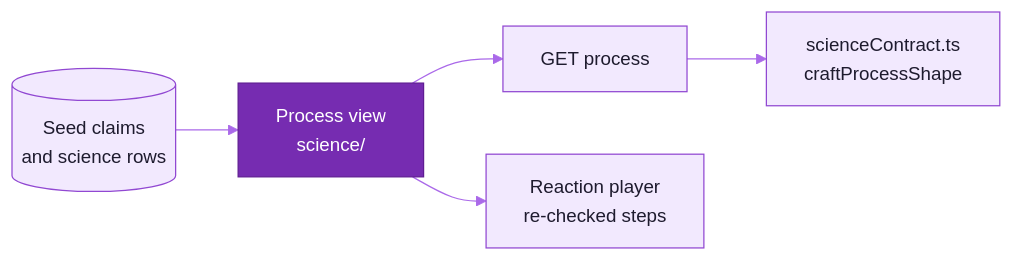
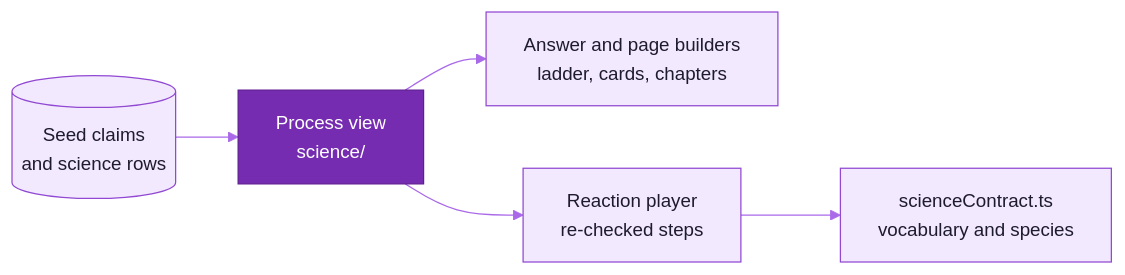
Before and after one commit to ankits1802/science-behind-craft: the diagram in docs/contracts/science.md, drawn with Mermaid. The commit also changed other lines of this file and 112 other files, not shown here.

````diff
--- a/docs/contracts/science.md
+++ b/docs/contracts/science.md
@@ -14,10 +16,10 @@
 ```mermaid
 %%{init: {"theme":"base","fontFamily":"Inter, ui-sans-serif, system-ui, -apple-system, Segoe UI, Roboto, Helvetica, Arial, sans-serif","themeVariables":{"fontSize":"15px","primaryColor":"#F2E9FE","primaryTextColor":"#1E1B2E","primaryBorderColor":"#9148D2","secondaryColor":"#FAEECD","secondaryTextColor":"#1E1B2E","secondaryBorderColor":"#CD9200","tertiaryColor":"#F3F1FA","tertiaryTextColor":"#1E1B2E","tertiaryBorderColor":"#A7A3BC","mainBkg":"#F2E9FE","nodeBorder":"#9148D2","nodeTextColor":"#1E1B2E","lineColor":"#AA69E9","textColor":"#857F9E","edgeLabelBackground":"#F9F5FF","clusterBkg":"#F9F5FF","clusterBorder":"#D6B6FB","titleColor":"#762CB1"}}}%%
 flowchart LR
   SC[("Seed claims<br/>and science rows")] --> PV["Process view<br/>science/"]
-  PV --> RT["GET process"]
-  RT --> CL["scienceContract.ts<br/>craftProcessShape"]
+  PV --> AB["Answer and page builders<br/>ladder, cards, chapters"]
   PV --> RP["Reaction player<br/>re-checked steps"]
+  RP --> CL["scienceContract.ts<br/>vocabulary and species"]
   classDef accent fill:#762CB1,stroke:#5F1C93,color:#FFFFFF
   class PV accent
 ```
````
